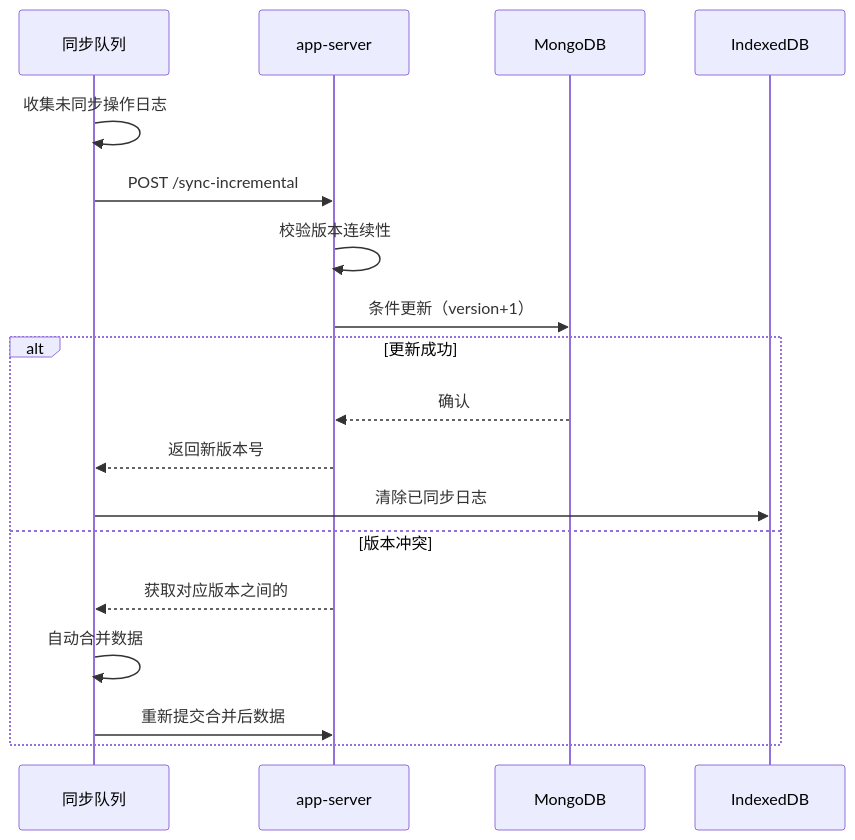
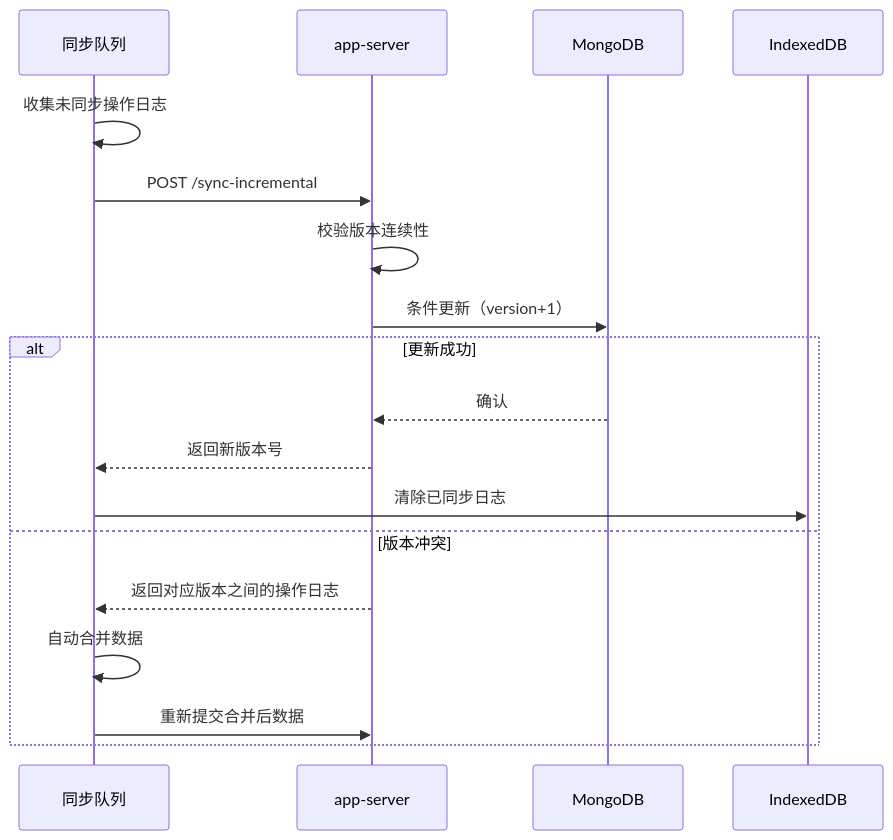
The diagram in all/未命名-24.md (yingjianzh/iodraw-files), drawn with Mermaid before and after one commit.

Commit message:
2025-02-24 10:49:49 update

````diff
--- a/all/未命名-24.md
+++ b/all/未命名-24.md
@@ -1,23 +1,23 @@
 ```mermaid
 
 sequenceDiagram
     participant 同步队列
     participant app-server
     participant MongoDB
 
 
     同步队列->>同步队列: 收集未同步操作日志
     同步队列->>app-server: POST /sync-incremental
     app-server->>app-server: 校验版本连续性
     app-server->>MongoDB: 条件更新（version+1）
     alt 更新成功
         MongoDB-->>app-server: 确认
         app-server-->>同步队列: 返回新版本号
         同步队列->>IndexedDB: 清除已同步日志
     else 版本冲突
-        app-server-->>同步队列: 获取对应版本之间的
+        app-server-->>同步队列: 返回对应版本之间的操作日志
         同步队列->>同步队列: 自动合并数据
         同步队列->>app-server: 重新提交合并后数据
     end
 
 ```
````
